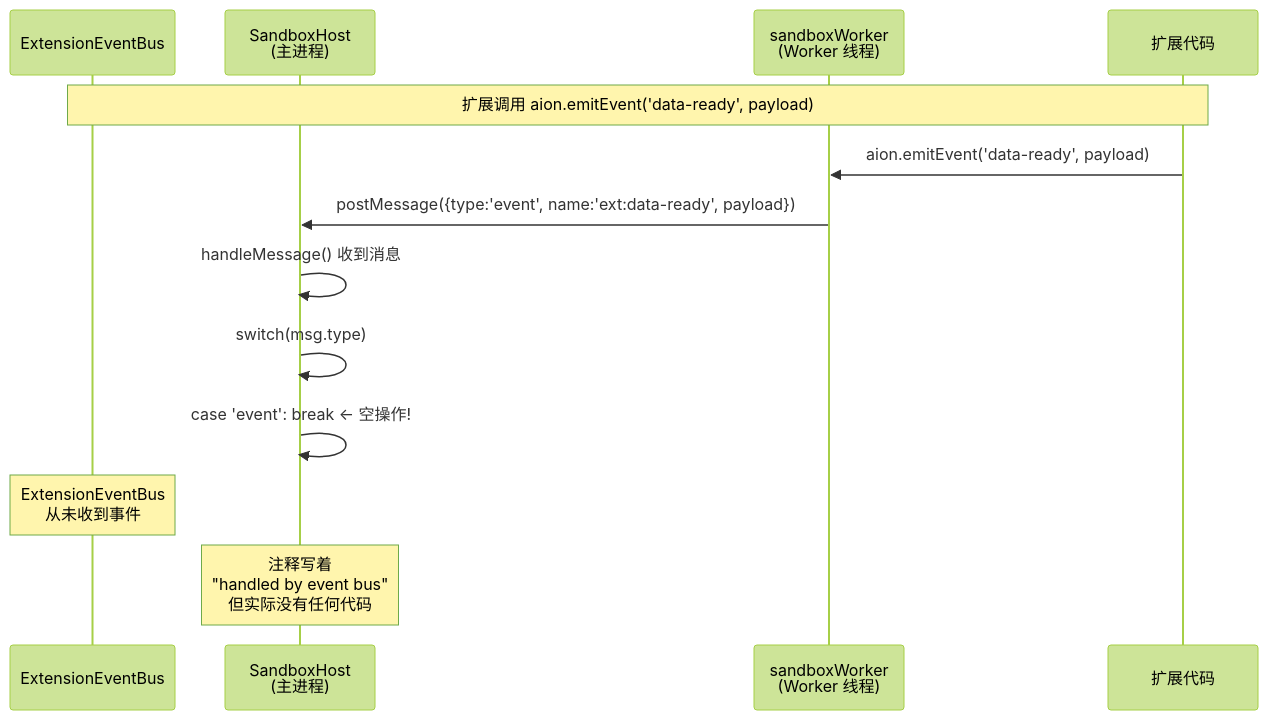
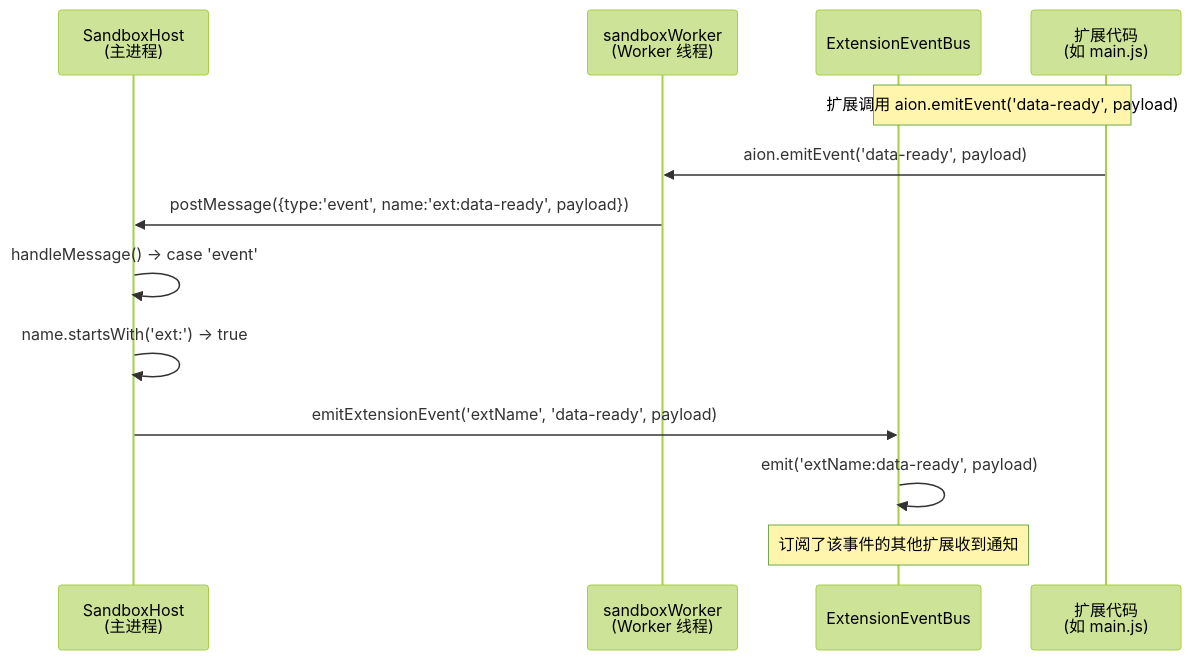
The fourth of 9 diagrams in docs/feature/extension-market/research/sandbox-architecture.md (iOfficeAI/AionUi), drawn with Mermaid (forest theme) before and after one commit. The commit also changed other lines of this file and 9 other files, not shown here.

````diff
--- a/docs/feature/extension-market/research/sandbox-architecture.md
+++ b/docs/feature/extension-market/research/sandbox-architecture.md
@@ -159,19 +176,17 @@
 ```mermaid
 sequenceDiagram
-  participant Bus as ExtensionEventBus
   participant H as SandboxHost<br/>(主进程)
   participant W as sandboxWorker<br/>(Worker 线程)
-  participant E as 扩展代码
+  participant Bus as ExtensionEventBus
+  participant E as 扩展代码<br/>(如 main.js)
 
   Note over E,Bus: 扩展调用 aion.emitEvent('data-ready', payload)
 
   E->>W: aion.emitEvent('data-ready', payload)
   W->>H: postMessage({type:'event', name:'ext:data-ready', payload})
-
-  H->>H: handleMessage() 收到消息
-  H->>H: switch(msg.type)
-  H->>H: case 'event': break ← 空操作!
-
-  Note over Bus: ExtensionEventBus<br/>从未收到事件
-  Note over H: 注释写着<br/>"handled by event bus"<br/>但实际没有任何代码
+  H->>H: handleMessage() → case 'event'
+  H->>H: name.startsWith('ext:') → true
+  H->>Bus: emitExtensionEvent('extName', 'data-ready', payload)
+  Bus->>Bus: emit('extName:data-ready', payload)
+  Note over Bus: 订阅了该事件的其他扩展收到通知
 ```
````
